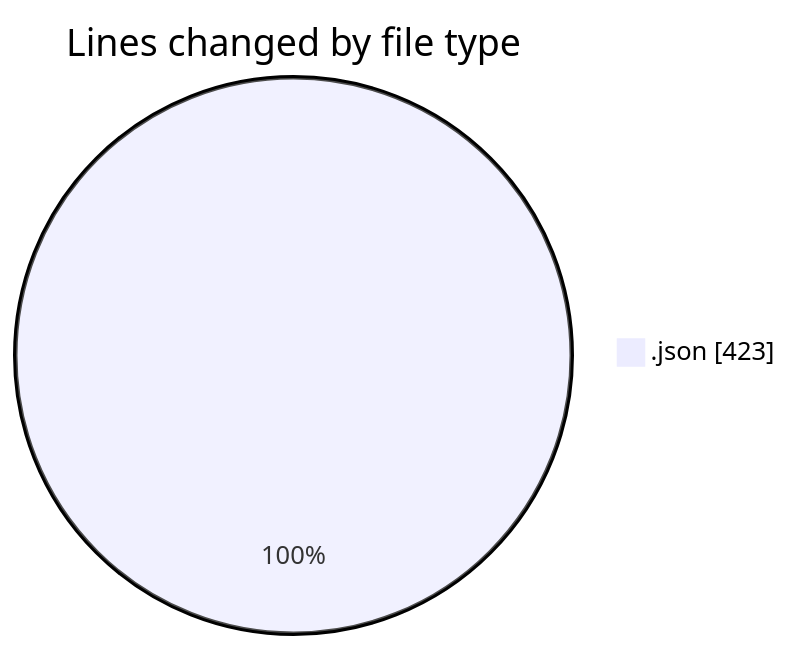
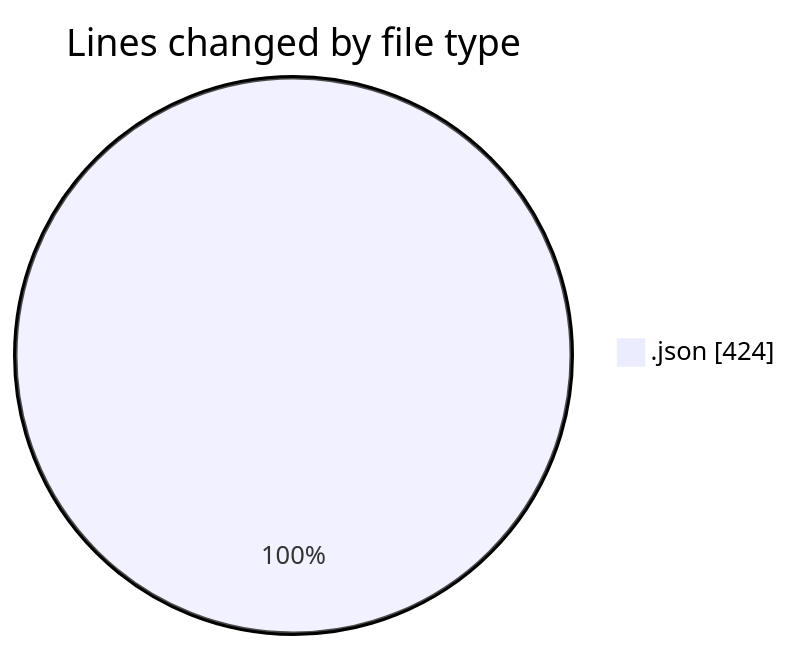
One commit to EIIisD/code-tracking changed the first of 2 diagrams in 2025-08-03/macrowhisper/README.md. Above: the diagram before and after it, drawn with Mermaid. The commit also changed other lines of this file and 1 other file, not shown here.

````diff
--- a/2025-08-03/macrowhisper/README.md
+++ b/2025-08-03/macrowhisper/README.md
@@ -21,5 +21,5 @@
 ```mermaid
 pie showData
 title Lines changed by file type
-".json" : 423
+".json" : 424
 ```
````
